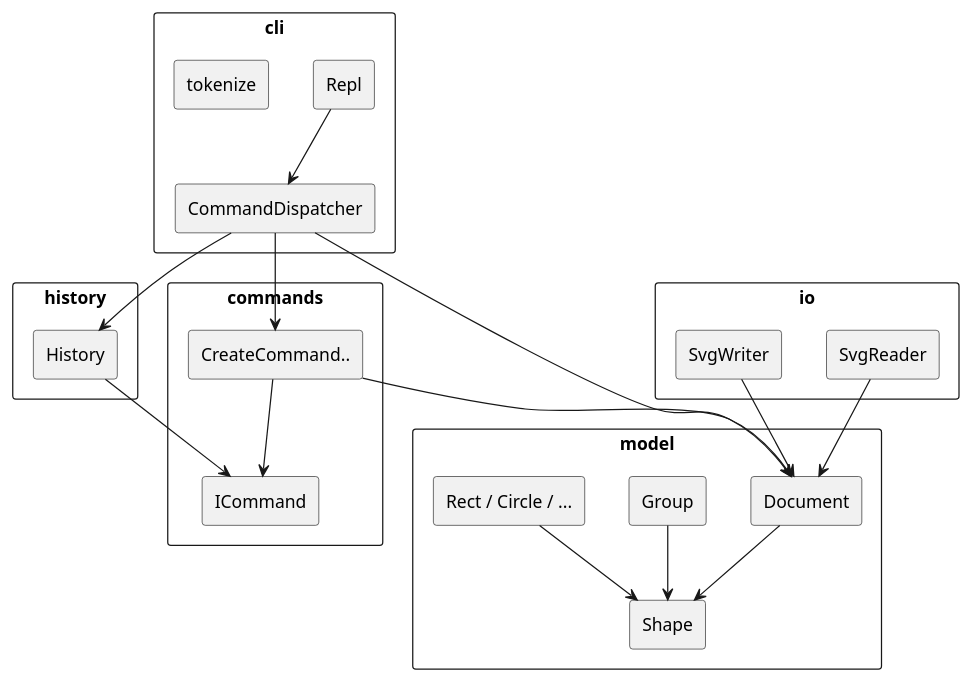
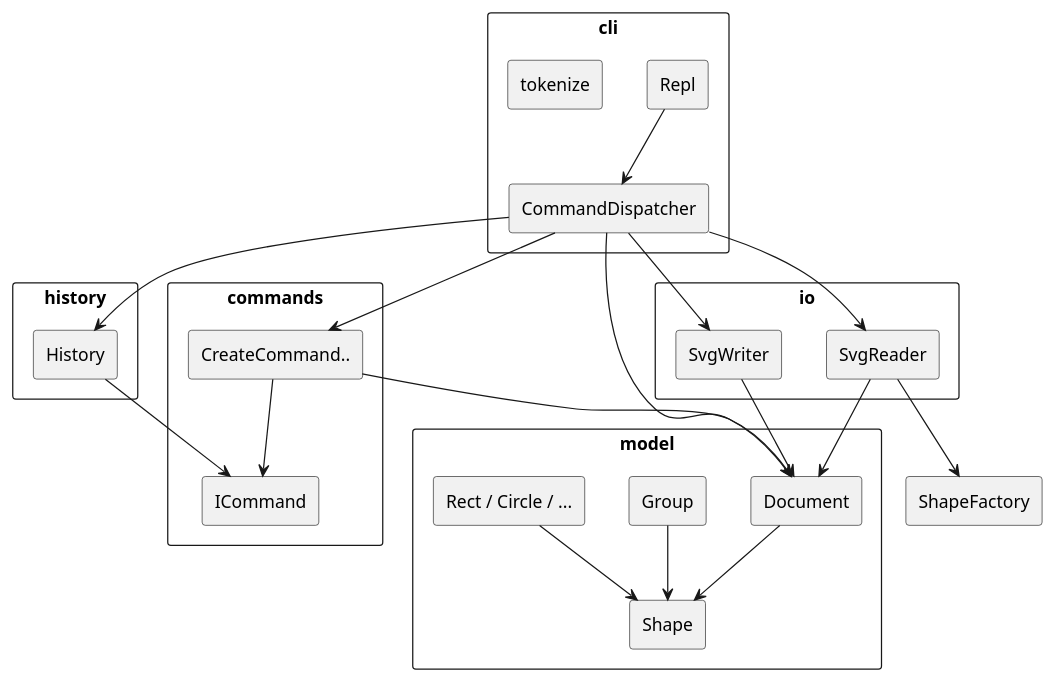
The diagram in doc/README.md (lrj20060418/Software_design_pj1), drawn with PlantUML before and after one commit. The commit also changed other lines of this file and 1 other file, not shown here.

````diff
--- a/doc/README.md
+++ b/doc/README.md
@@ -20,46 +20,49 @@
 ```plantuml
 @startuml
 skinparam componentStyle rectangle
 skinparam packageStyle rectangle
 
 package "cli" {
   [Repl]
   [CommandDispatcher]
   [tokenize]
 }
 
 package "commands" {
   [ICommand]
   [CreateCommand..] as Cmds
 }
 
 package "model" {
   [Document]
   [Shape]
   [Group]
   [Rect / Circle / ...] as Leaves
 }
 
 package "history" {
   [History]
 }
 
 package "io" {
   [SvgReader]
   [SvgWriter]
 }
 
 [Repl] --> [CommandDispatcher]
 [CommandDispatcher] --> [Cmds]
 [CommandDispatcher] --> [Document]
 [CommandDispatcher] --> [History]
+[CommandDispatcher] --> [SvgReader]
+[CommandDispatcher] --> [SvgWriter]
 [Cmds] --> [ICommand]
 [Cmds] --> [Document]
 [History] --> [ICommand]
 [Group] --> [Shape]
 [Leaves] --> [Shape]
 [Document] --> [Shape]
 [SvgReader] --> [Document]
+[SvgReader] --> [ShapeFactory]
 [SvgWriter] --> [Document]
 @enduml
 ```
````
